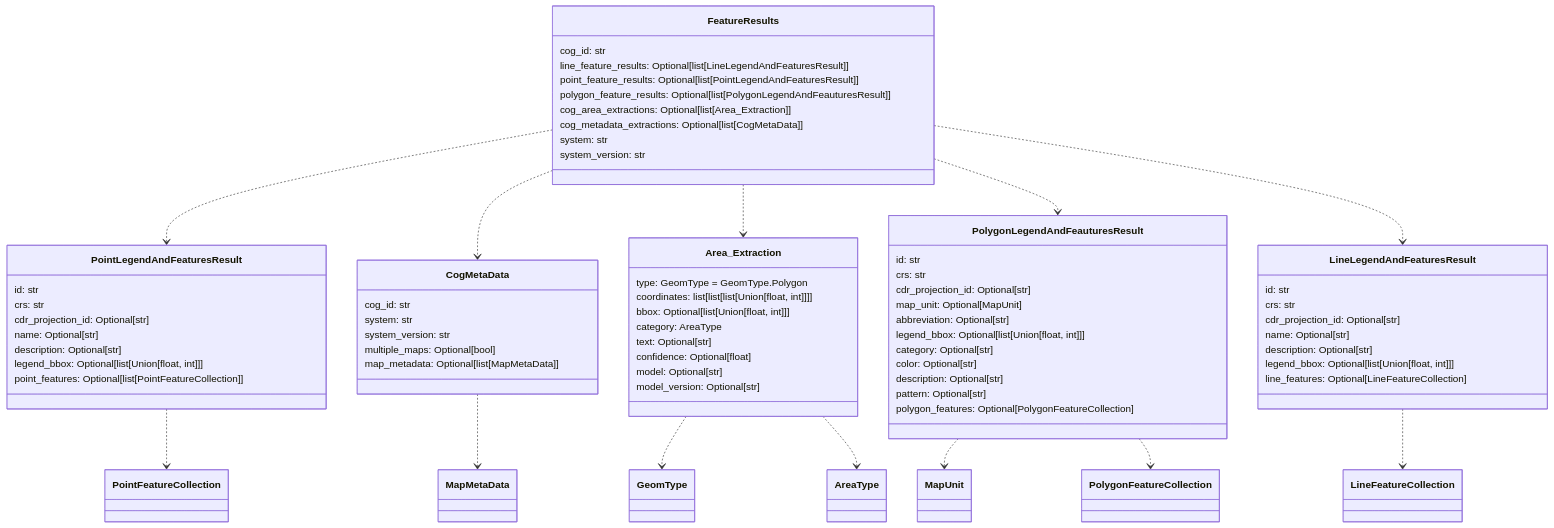
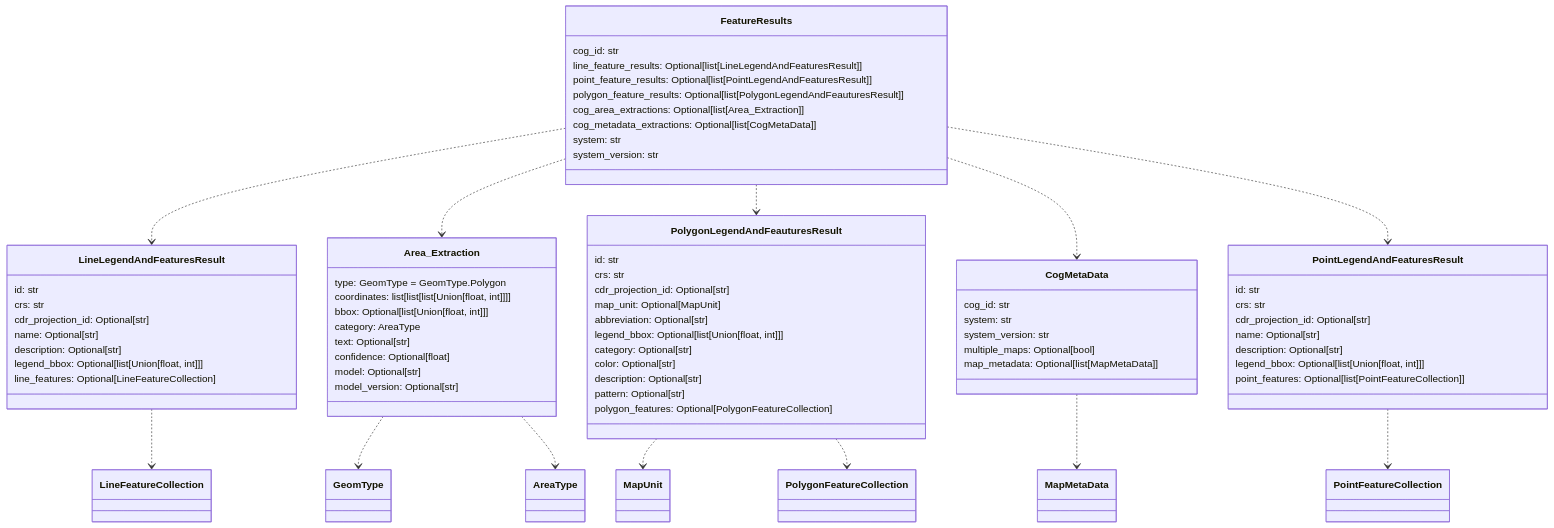
Before and after one commit to DARPA-CRITICALMAAS/cdr_schemas: the third of 11 diagrams in README.md, drawn with Mermaid. The commit also changed other lines of this file and 1 other file, not shown here.

````diff
--- a/README.md
+++ b/README.md
@@ -188,82 +188,82 @@
 ```mermaid
 classDiagram
-
-    class PointLegendAndFeaturesResult {
-        id: str
-        crs: str
-        cdr_projection_id: Optional[str]
-        name: Optional[str]
-        description: Optional[str]
-        legend_bbox: Optional[list[Union[float, int]]]
-        point_features: Optional[list[PointFeatureCollection]]
-    }
 
     class FeatureResults {
         cog_id: str
         line_feature_results: Optional[list[LineLegendAndFeaturesResult]]
         point_feature_results: Optional[list[PointLegendAndFeaturesResult]]
         polygon_feature_results: Optional[list[PolygonLegendAndFeauturesResult]]
         cog_area_extractions: Optional[list[Area_Extraction]]
         cog_metadata_extractions: Optional[list[CogMetaData]]
         system: str
         system_version: str
     }
 
-    class CogMetaData {
-        cog_id: str
-        system: str
-        system_version: str
-        multiple_maps: Optional[bool]
-        map_metadata: Optional[list[MapMetaData]]
+    class LineLegendAndFeaturesResult {
+        id: str
+        crs: str
+        cdr_projection_id: Optional[str]
+        name: Optional[str]
+        description: Optional[str]
+        legend_bbox: Optional[list[Union[float, int]]]
+        line_features: Optional[LineFeatureCollection]
     }
 
     class Area_Extraction {
         type: GeomType = GeomType.Polygon
         coordinates: list[list[list[Union[float, int]]]]
         bbox: Optional[list[Union[float, int]]]
         category: AreaType
         text: Optional[str]
         confidence: Optional[float]
         model: Optional[str]
         model_version: Optional[str]
     }
 
     class PolygonLegendAndFeauturesResult {
         id: str
         crs: str
         cdr_projection_id: Optional[str]
         map_unit: Optional[MapUnit]
         abbreviation: Optional[str]
         legend_bbox: Optional[list[Union[float, int]]]
         category: Optional[str]
         color: Optional[str]
         description: Optional[str]
         pattern: Optional[str]
         polygon_features: Optional[PolygonFeatureCollection]
     }
 
-    class LineLegendAndFeaturesResult {
+    class CogMetaData {
+        cog_id: str
+        system: str
+        system_version: str
+        multiple_maps: Optional[bool]
+        map_metadata: Optional[list[MapMetaData]]
+    }
+
+    class PointLegendAndFeaturesResult {
         id: str
         crs: str
         cdr_projection_id: Optional[str]
         name: Optional[str]
         description: Optional[str]
         legend_bbox: Optional[list[Union[float, int]]]
-        line_features: Optional[LineFeatureCollection]
+        point_features: Optional[list[PointFeatureCollection]]
     }
 
     Area_Extraction ..> GeomType
     Area_Extraction ..> AreaType
     LineLegendAndFeaturesResult ..> LineFeatureCollection
     PointLegendAndFeaturesResult ..> PointFeatureCollection
     PolygonLegendAndFeauturesResult ..> MapUnit
     PolygonLegendAndFeauturesResult ..> PolygonFeatureCollection
     CogMetaData ..> MapMetaData
-    FeatureResults ..> PointLegendAndFeaturesResult
-    FeatureResults ..> CogMetaData
+    FeatureResults ..> LineLegendAndFeaturesResult
     FeatureResults ..> Area_Extraction
     FeatureResults ..> PolygonLegendAndFeauturesResult
-    FeatureResults ..> LineLegendAndFeaturesResult
+    FeatureResults ..> CogMetaData
+    FeatureResults ..> PointLegendAndFeaturesResult
 
 
 ```
````
